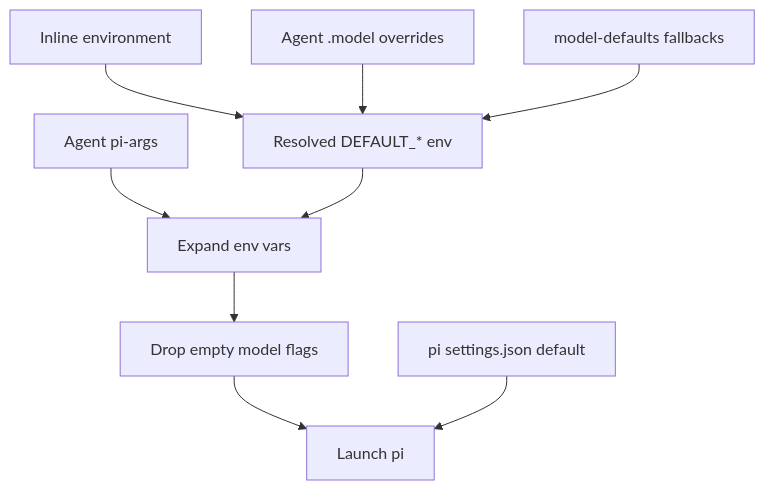
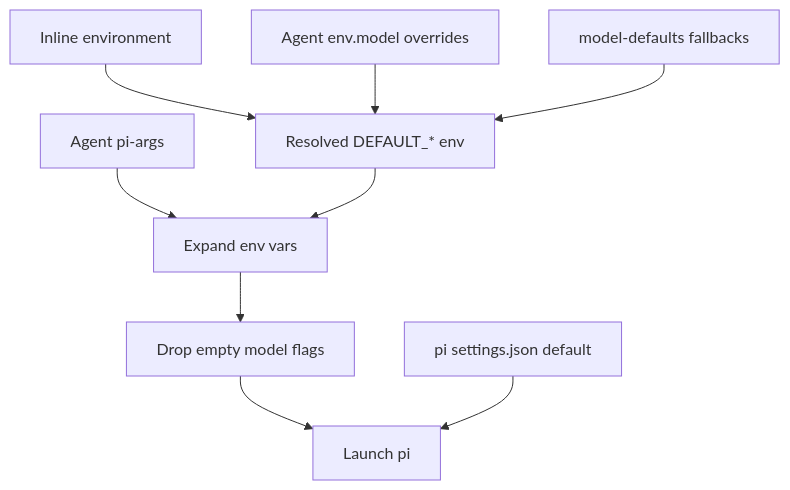
Before and after one commit to PlebeiusGaragicus/dot-pi: the diagram in docs/reference/model-defaults.md, drawn with Mermaid. The commit also changed other lines of this file and 29 other files, not shown here.

````diff
--- a/docs/reference/model-defaults.md
+++ b/docs/reference/model-defaults.md
@@ -143,11 +143,11 @@
 ```mermaid
 flowchart TD
   inlineEnv["Inline environment"] --> modelEnv["Resolved DEFAULT_* env"]
-  dotModel["Agent .model overrides"] --> modelEnv
+  dotModel["Agent env.model overrides"] --> modelEnv
   modelDefaults["model-defaults fallbacks"] --> modelEnv
   piArgs["Agent pi-args"] --> expand["Expand env vars"]
   modelEnv --> expand
   expand --> filter["Drop empty model flags"]
   filter --> launch["Launch pi"]
   piSettings["pi settings.json default"] --> launch
 ```
````
